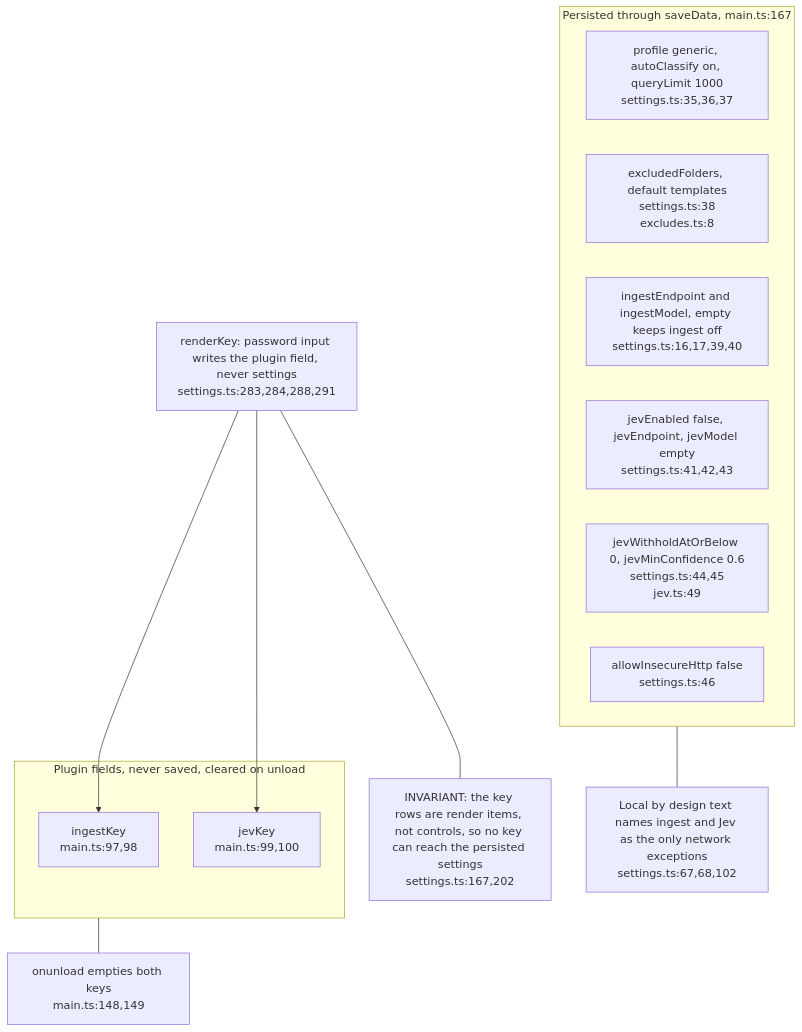
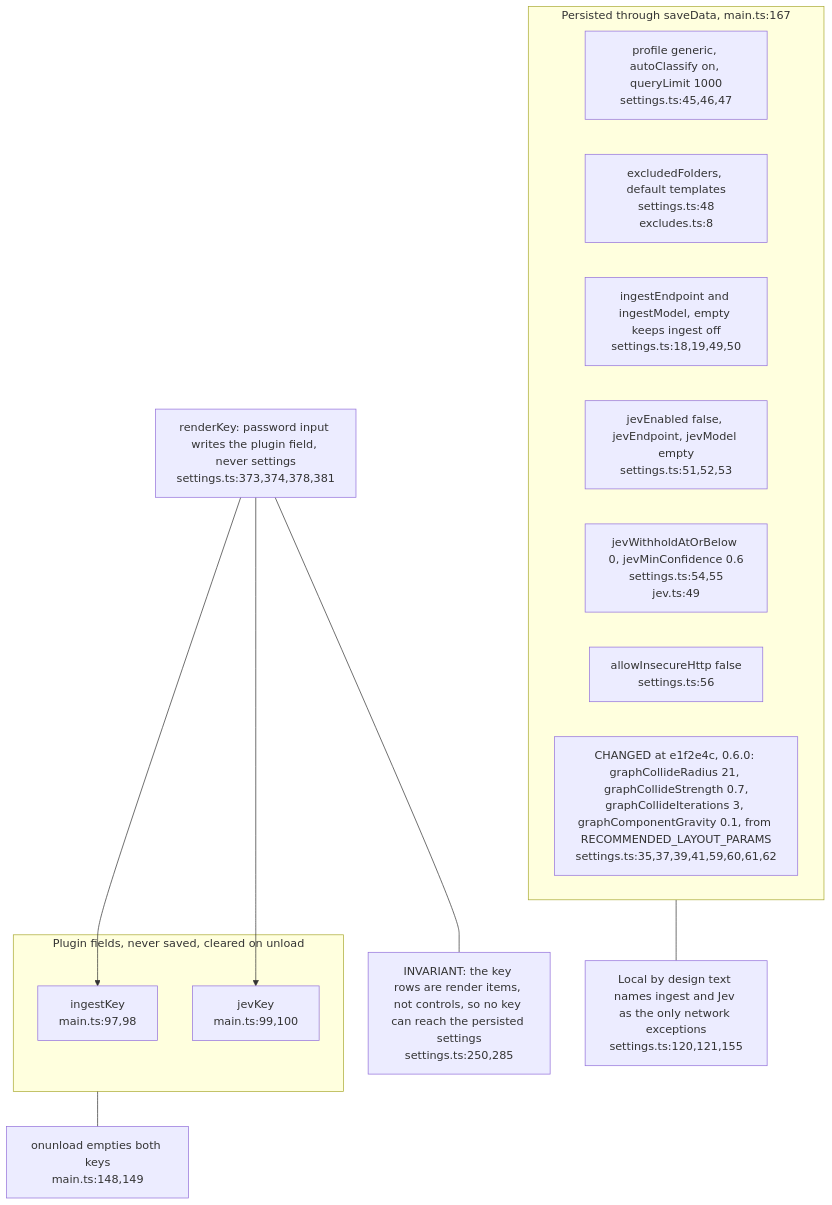
Before and after one commit to DreamLab-AI/VisionFlow: the first of 3 diagrams in docs/diagrams/ontomark-obsidian/03-settings-surface.md, drawn with Mermaid. The commit also changed other lines of this file and 20 other files, not shown here.

First line of the commit message:
docs(diagrams): ontomark and ontomark-obsidian re-verified (graph 0.4.0, plugin 0.6.0)

````diff
--- a/docs/diagrams/ontomark-obsidian/03-settings-surface.md
+++ b/docs/diagrams/ontomark-obsidian/03-settings-surface.md
@@ -21,24 +21,25 @@
 ```mermaid
 flowchart TD
     subgraph DATA["Persisted through saveData, main.ts:167"]
-        CORE["profile generic, autoClassify on, queryLimit 1000<br/>settings.ts:35,36,37"]
-        EXC["excludedFolders, default templates<br/>settings.ts:38<br/>excludes.ts:8"]
-        ING["ingestEndpoint and ingestModel, empty keeps ingest off<br/>settings.ts:16,17,39,40"]
-        JV["jevEnabled false, jevEndpoint, jevModel empty<br/>settings.ts:41,42,43"]
-        THR["jevWithholdAtOrBelow 0, jevMinConfidence 0.6<br/>settings.ts:44,45<br/>jev.ts:49"]
-        SEC["allowInsecureHttp false<br/>settings.ts:46"]
+        CORE["profile generic, autoClassify on, queryLimit 1000<br/>settings.ts:45,46,47"]
+        EXC["excludedFolders, default templates<br/>settings.ts:48<br/>excludes.ts:8"]
+        ING["ingestEndpoint and ingestModel, empty keeps ingest off<br/>settings.ts:18,19,49,50"]
+        JV["jevEnabled false, jevEndpoint, jevModel empty<br/>settings.ts:51,52,53"]
+        THR["jevWithholdAtOrBelow 0, jevMinConfidence 0.6<br/>settings.ts:54,55<br/>jev.ts:49"]
+        SEC["allowInsecureHttp false<br/>settings.ts:56"]
+        GL["CHANGED at e1f2e4c, 0.6.0: graphCollideRadius 21, graphCollideStrength 0.7,<br/>graphCollideIterations 3, graphComponentGravity 0.1, from RECOMMENDED_LAYOUT_PARAMS<br/>settings.ts:35,37,39,41,59,60,61,62"]
     end
     subgraph MEM["Plugin fields, never saved, cleared on unload"]
         IK["ingestKey<br/>main.ts:97,98"]
         JK["jevKey<br/>main.ts:99,100"]
     end
-    RK["renderKey: password input writes the plugin field, never settings<br/>settings.ts:283,284,288,291"]
+    RK["renderKey: password input writes the plugin field, never settings<br/>settings.ts:373,374,378,381"]
     RK --> IK
     RK --> JK
     UNL["onunload empties both keys<br/>main.ts:148,149"]
     MEM --- UNL
-    INV["INVARIANT: the key rows are render items, not controls, so no key can reach the persisted settings<br/>settings.ts:167,202"]
+    INV["INVARIANT: the key rows are render items, not controls, so no key can reach the persisted settings<br/>settings.ts:250,285"]
     RK --- INV
-    PRIV["Local by design text names ingest and Jev as the only network exceptions<br/>settings.ts:67,68,102"]
+    PRIV["Local by design text names ingest and Jev as the only network exceptions<br/>settings.ts:120,121,155"]
     DATA --- PRIV
 ```
````
